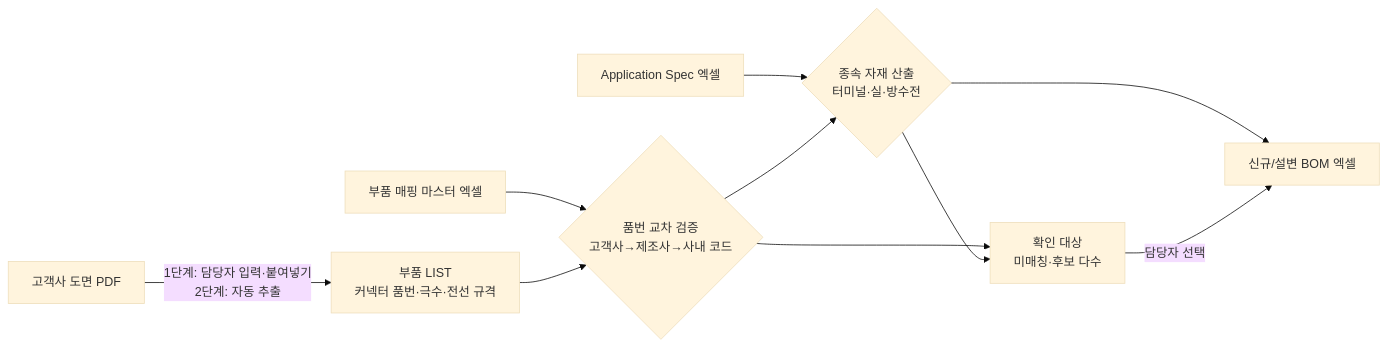
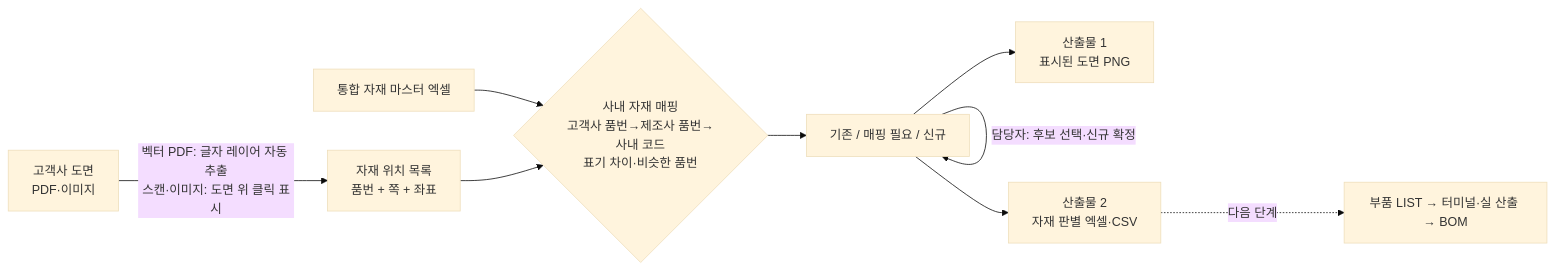
The diagram in docs/01_프로젝트_기획서.md (dksgotlr/data09-16), drawn with Mermaid (base theme) before and after one commit. The commit also changed other lines of this file and 48 other files, not shown here.

````diff
--- a/docs/01_프로젝트_기획서.md
+++ b/docs/01_프로젝트_기획서.md
@@ -47,12 +72,11 @@
 ```mermaid
 flowchart LR
-  P[고객사 도면 PDF] -->|1단계: 담당자 입력·붙여넣기<br/>2단계: 자동 추출| L[부품 LIST<br/>커넥터 품번·극수·전선 규격]
-  M[부품 매핑 마스터 엑셀] --> X{품번 교차 검증<br/>고객사→제조사→사내 코드}
-  L --> X
-  A[Application Spec 엑셀] --> D{종속 자재 산출<br/>터미널·실·방수전}
-  X --> D
-  X --> F[확인 대상<br/>미매칭·후보 다수]
-  D --> F
-  D --> B[신규/설변 BOM 엑셀]
-  F -->|담당자 선택| B
+  P[고객사 도면<br/>PDF·이미지] -->|벡터 PDF: 글자 레이어 자동 추출<br/>스캔·이미지: 도면 위 클릭 표시| K[자재 위치 목록<br/>품번 + 쪽 + 좌표]
+  M[통합 자재 마스터 엑셀] --> X{사내 자재 매핑<br/>고객사 품번→제조사 품번→사내 코드<br/>표기 차이·비슷한 품번}
+  K --> X
+  X --> G[기존 / 매핑 필요 / 신규]
+  G -->|담당자: 후보 선택·신규 확정| G
+  G --> O1[산출물 1<br/>표시된 도면 PNG]
+  G --> O2[산출물 2<br/>자재 판별 엑셀·CSV]
+  O2 -.다음 단계.-> B[부품 LIST → 터미널·실 산출 → BOM]
 ```
````
